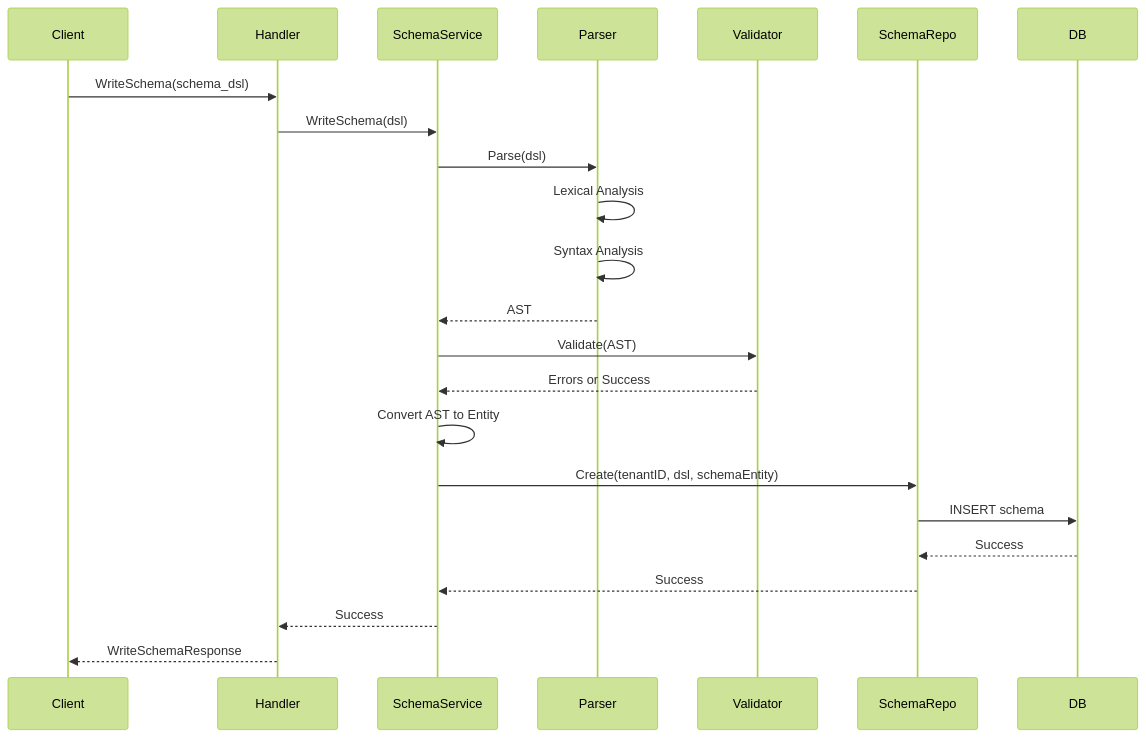
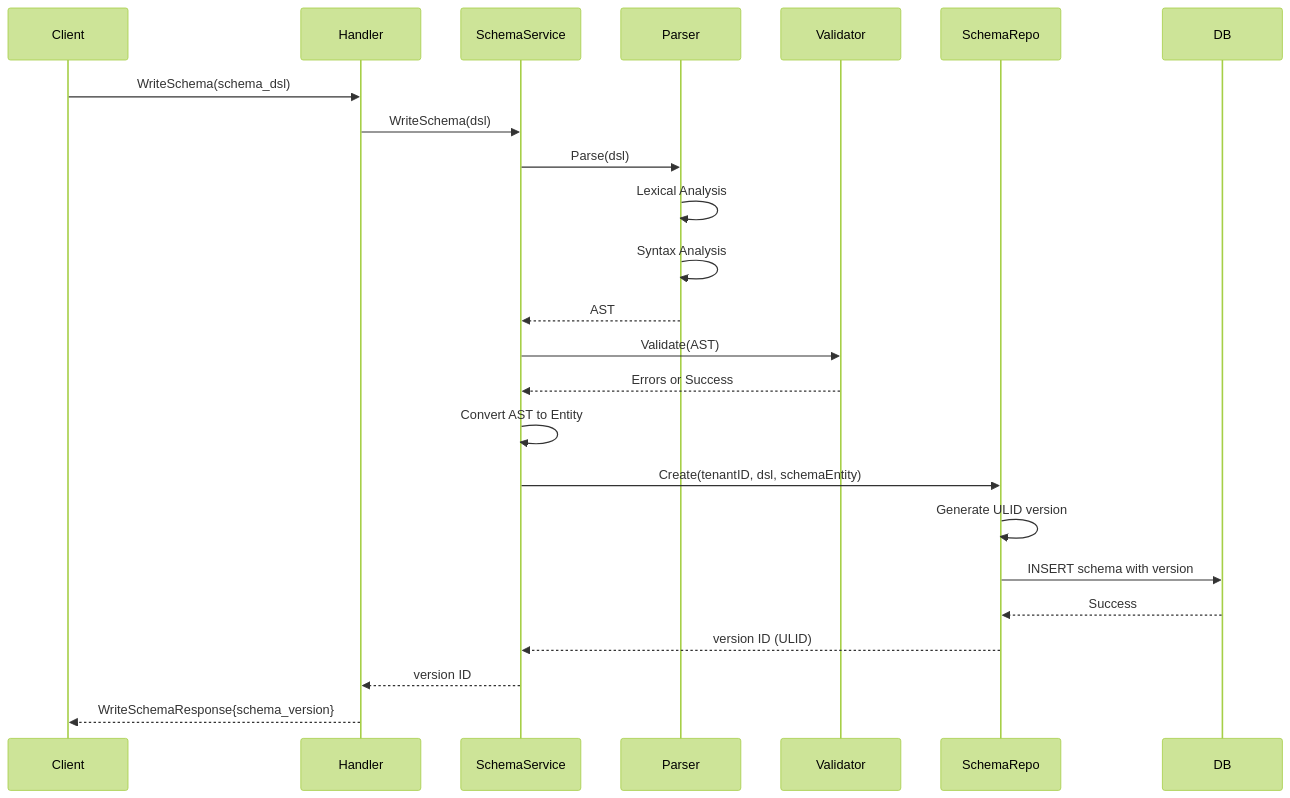
Before and after one commit to asakaida/keruberosu: the sixth of 11 diagrams in ARCHITECTURE.md, drawn with Mermaid (forest theme). The commit also changed 30 other files, not shown here.

Commit message:
Schema versioningの機能を追加

````diff
--- a/ARCHITECTURE.md
+++ b/ARCHITECTURE.md
@@ -276,26 +276,27 @@
 ```mermaid
 sequenceDiagram
     participant Client
     participant Handler
     participant SchemaService
     participant Parser
     participant Validator
     participant SchemaRepo
     participant DB
 
     Client->>Handler: WriteSchema(schema_dsl)
     Handler->>SchemaService: WriteSchema(dsl)
     SchemaService->>Parser: Parse(dsl)
     Parser->>Parser: Lexical Analysis
     Parser->>Parser: Syntax Analysis
     Parser-->>SchemaService: AST
     SchemaService->>Validator: Validate(AST)
     Validator-->>SchemaService: Errors or Success
     SchemaService->>SchemaService: Convert AST to Entity
     SchemaService->>SchemaRepo: Create(tenantID, dsl, schemaEntity)
-    SchemaRepo->>DB: INSERT schema
+    SchemaRepo->>SchemaRepo: Generate ULID version
+    SchemaRepo->>DB: INSERT schema with version
     DB-->>SchemaRepo: Success
-    SchemaRepo-->>SchemaService: Success
-    SchemaService-->>Handler: Success
-    Handler-->>Client: WriteSchemaResponse
+    SchemaRepo-->>SchemaService: version ID (ULID)
+    SchemaService-->>Handler: version ID
+    Handler-->>Client: WriteSchemaResponse{schema_version}
 ```
````
